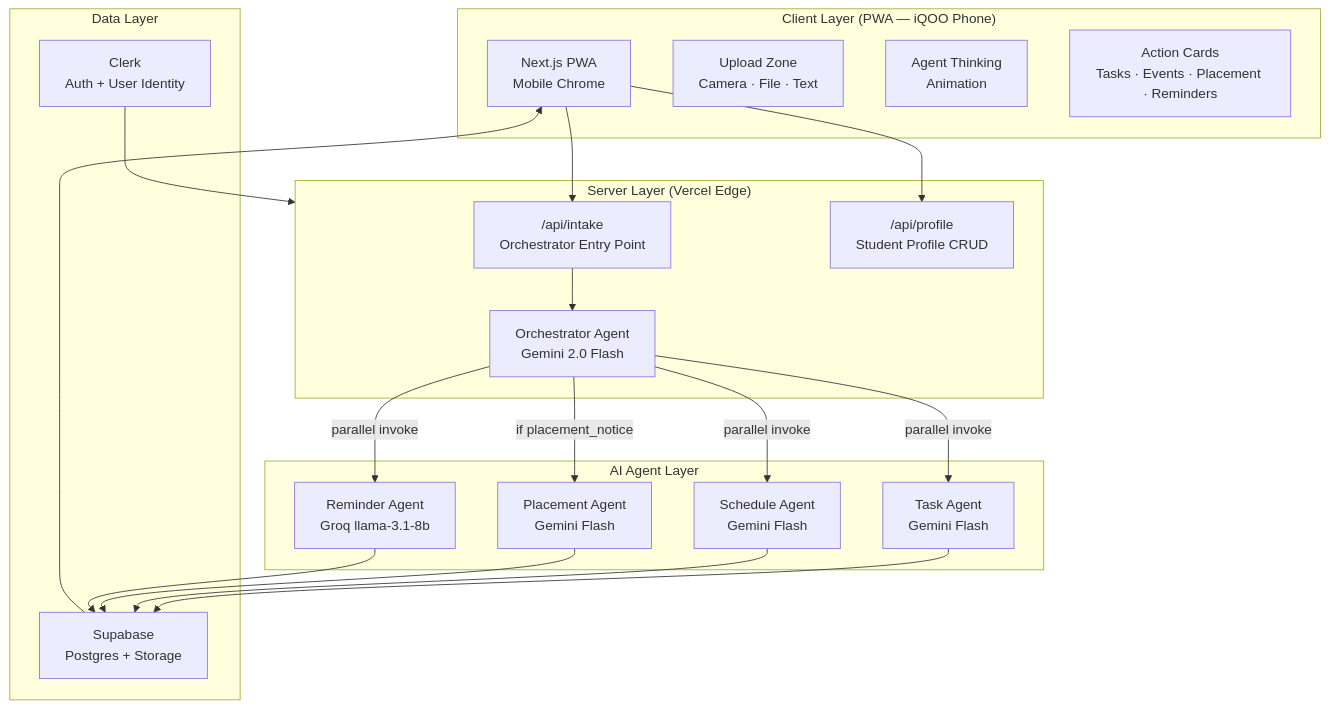
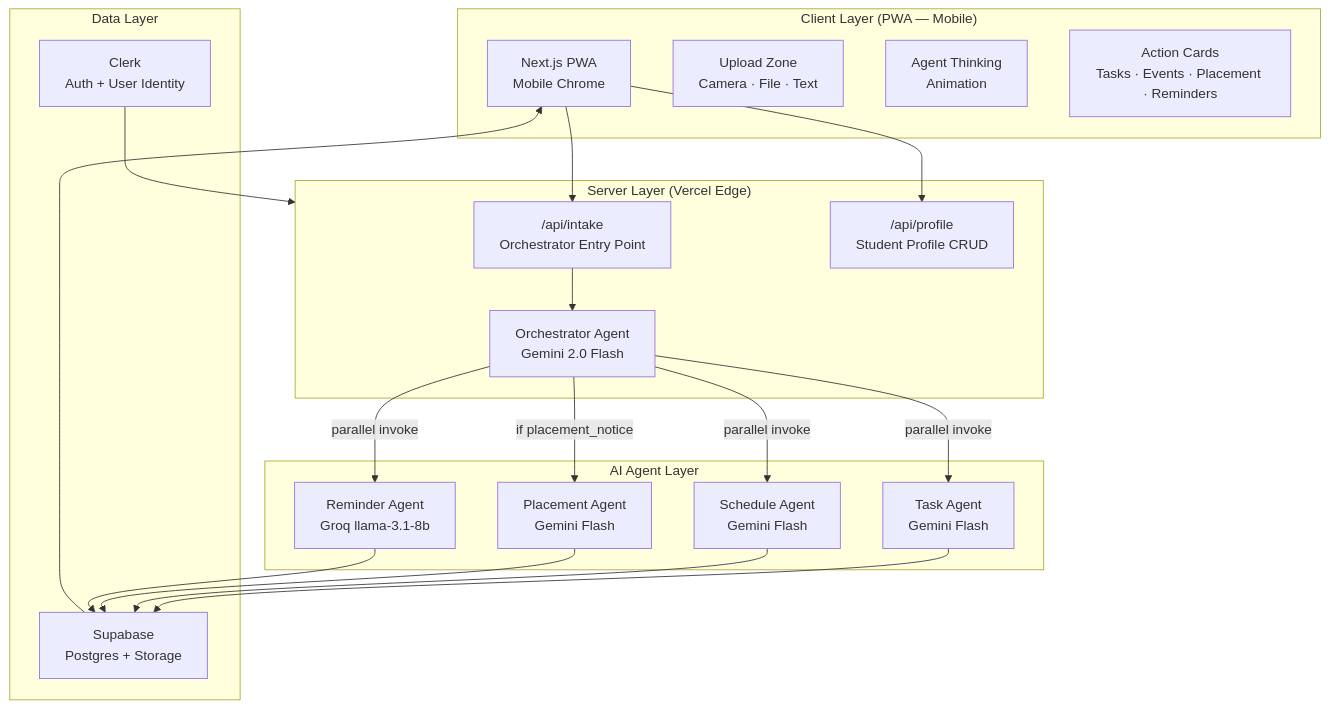
Before and after one commit to TuShArBhArDwA/LifeOS: the first of 4 diagrams in docs/HLD.md, drawn with Mermaid. The commit also changed other lines of this file and 2 other files, not shown here.

````diff
--- a/docs/HLD.md
+++ b/docs/HLD.md
@@ -33,41 +31,41 @@
 ```mermaid
 graph TB
-    subgraph CLIENT["Client Layer (PWA — iQOO Phone)"]
+    subgraph CLIENT["Client Layer (PWA — Mobile)"]
         UI["Next.js PWA\nMobile Chrome"]
         UPLOAD["Upload Zone\nCamera · File · Text"]
         ANIM["Agent Thinking\nAnimation"]
         CARDS["Action Cards\nTasks · Events · Placement · Reminders"]
     end
 
     subgraph SERVER["Server Layer (Vercel Edge)"]
         INTAKE["/api/intake\nOrchestrator Entry Point"]
         PROFILE["/api/profile\nStudent Profile CRUD"]
         ORCH["Orchestrator Agent\nGemini 2.0 Flash"]
     end
 
     subgraph AGENTS["AI Agent Layer"]
         TASK["Task Agent\nGemini Flash"]
         SCHED["Schedule Agent\nGemini Flash"]
         PLACE["Placement Agent\nGemini Flash"]
         REM["Reminder Agent\nGroq llama-3.1-8b"]
     end
 
     subgraph DATA["Data Layer"]
         SB["Supabase\nPostgres + Storage"]
         CLERK["Clerk\nAuth + User Identity"]
     end
 
     UI --> INTAKE
     UI --> PROFILE
     INTAKE --> ORCH
     ORCH -->|"parallel invoke"| TASK
     ORCH -->|"parallel invoke"| SCHED
     ORCH -->|"if placement_notice"| PLACE
     ORCH -->|"parallel invoke"| REM
     TASK --> SB
     SCHED --> SB
     PLACE --> SB
     REM --> SB
     SB --> UI
     CLERK --> SERVER
 ```
````
